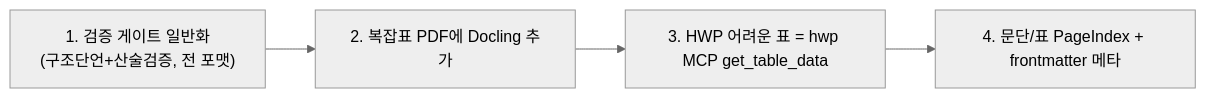
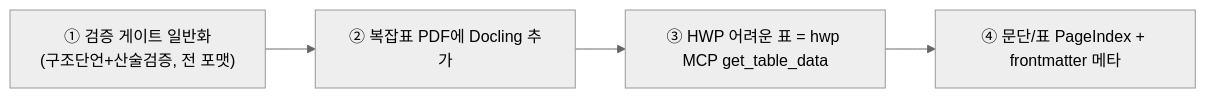
One commit to DBhyeong/DBhyeong.github.io changed diagram 11 of 11 in content/reading/llm-wiki-three-repos-and-precise-citation-kb.md. Above: the diagram before and after it, drawn with Mermaid (neutral theme). The commit also changed other lines of this file and 9 other files, not shown here.

First line of the commit message:
blog: 어제자 3편 발행 + 옛글 mermaid 렌더깨짐 34건 일괄 수정

````diff
--- a/content/reading/llm-wiki-three-repos-and-precise-citation-kb.md
+++ b/content/reading/llm-wiki-three-repos-and-precise-citation-kb.md
@@ -380,6 +380,6 @@
 ```mermaid
 flowchart LR
-    Q1["1. 검증 게이트 일반화<br/>(구조단언+산술검증, 전 포맷)"] --> Q2["2. 복잡표 PDF에 Docling 추가"]
-    Q2 --> Q3["3. HWP 어려운 표 = hwp MCP get_table_data"]
-    Q3 --> Q4["4. 문단/표 PageIndex + frontmatter 메타"]
+    Q1["① 검증 게이트 일반화<br/>(구조단언+산술검증, 전 포맷)"] --> Q2["② 복잡표 PDF에 Docling 추가"]
+    Q2 --> Q3["③ HWP 어려운 표 = hwp MCP get_table_data"]
+    Q3 --> Q4["④ 문단/표 PageIndex + frontmatter 메타"]
 ```
````
